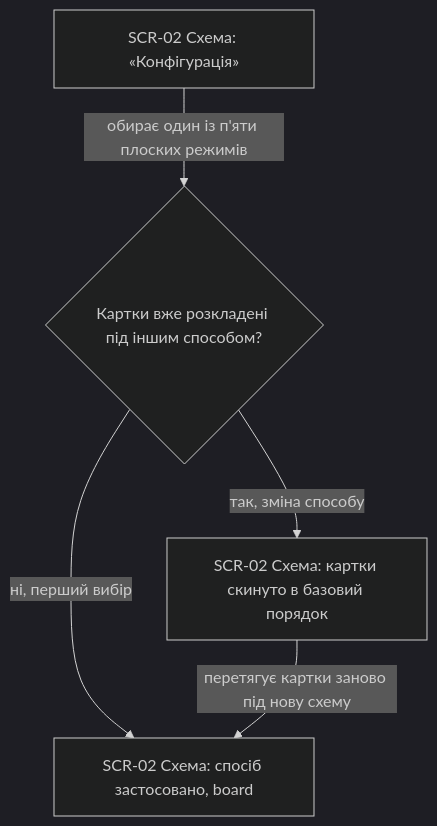
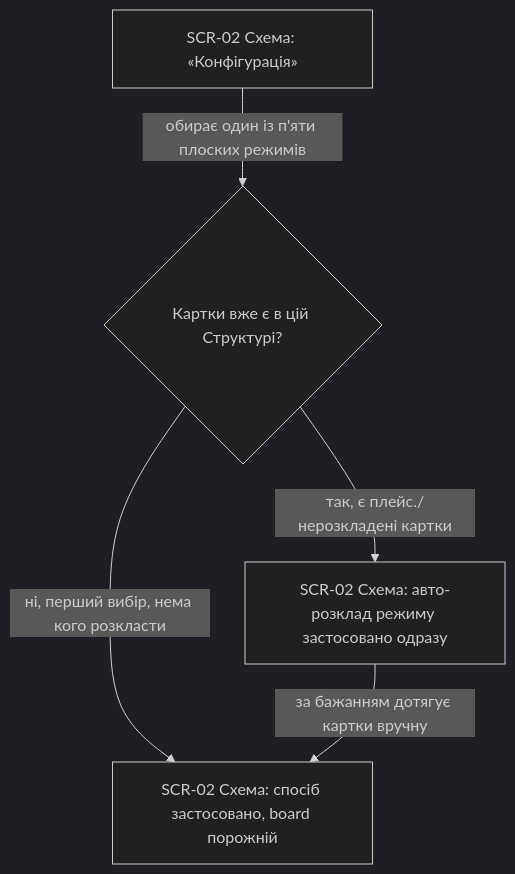
Before and after one commit to danyllukandrey-cloud/claude-workspace: the second of 8 diagrams in docs/features/structure/ux-flows.md, drawn with Mermaid (dark theme). The commit also changed other lines of this file and 9 other files, not shown here.

````diff
--- a/docs/features/structure/ux-flows.md
+++ b/docs/features/structure/ux-flows.md
@@ -57,7 +57,7 @@
 ```mermaid
 flowchart TD
-    A[SCR-02 Схема: «Конфігурація»] -->|обирає один із п'яти плоских режимів| B{Картки вже розкладені під іншим способом?}
-    B -->|ні, перший вибір| C[SCR-02 Схема: спосіб застосовано, board]
-    B -->|так, зміна способу| D[SCR-02 Схема: картки скинуто в базовий порядок]
-    D -->|перетягує картки заново під нову схему| C
+    A[SCR-02 Схема: «Конфігурація»] -->|обирає один із п'яти плоских режимів| B{Картки вже є в цій Структурі?}
+    B -->|ні, перший вибір, нема кого розкласти| C[SCR-02 Схема: спосіб застосовано, board порожній]
+    B -->|так, є плейс./нерозкладені картки| D[SCR-02 Схема: авто-розклад режиму застосовано одразу]
+    D -->|за бажанням дотягує картки вручну| C
 ```
````
